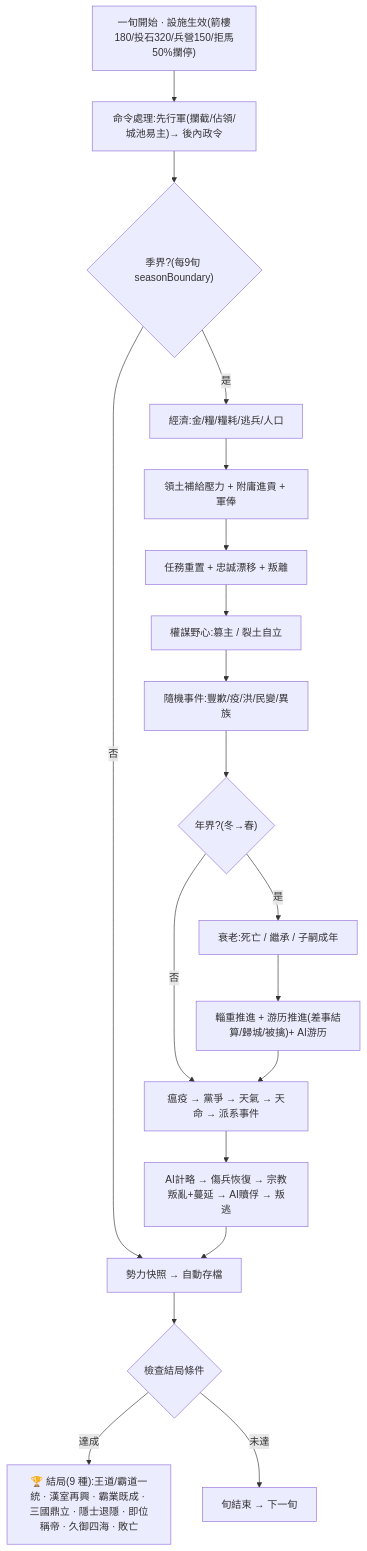
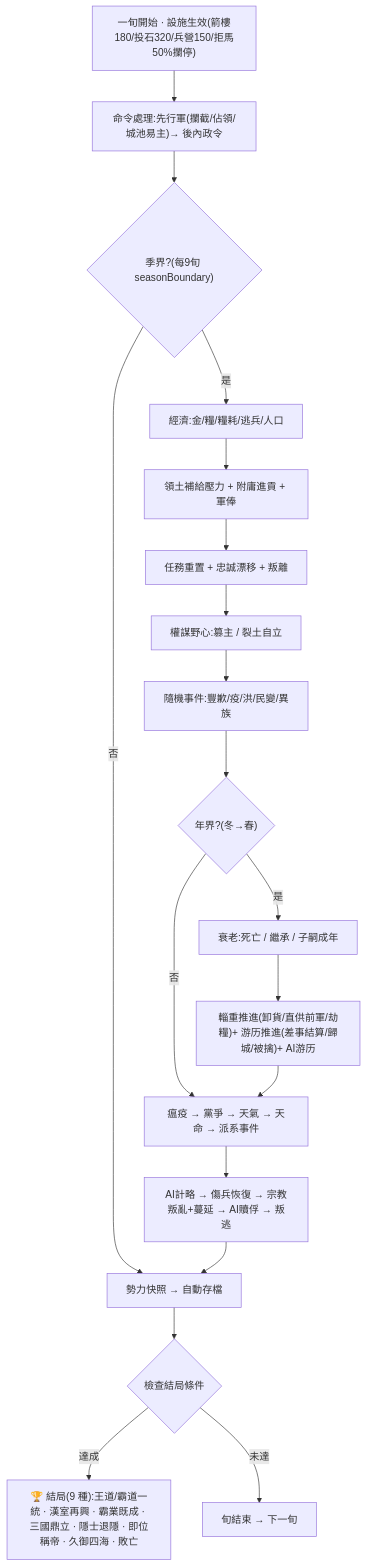
The first of 5 diagrams in docs/GUIDE.md (Seanye333/ThreeKingdomMasterIOS), drawn with Mermaid before and after one commit. The commit also changed other lines of this file and 13 other files, not shown here.

````diff
--- a/docs/GUIDE.md
+++ b/docs/GUIDE.md
@@ -1201,21 +1212,21 @@
 ```mermaid
 flowchart TD
   A["一旬開始 · 設施生效(箭樓180/投石320/兵營150/拒馬50%攔停)"] --> B["命令處理:先行軍(攔截/佔領/城池易主)→ 後內政令"]
   B --> C{"季界?(每9旬 seasonBoundary)"}
   C -->|否| H["勢力快照 → 自動存檔"]
   C -->|是| D["經濟:金/糧/糧耗/逃兵/人口"]
   D --> D2["領土補給壓力 + 附庸進貢 + 軍俸"]
   D2 --> D3["任務重置 + 忠誠漂移 + 叛離"]
   D3 --> D3b["權謀野心:篡主 / 裂土自立"]
   D3b --> D4["隨機事件:豐歉/疫/洪/民變/異族"]
   D4 --> E{"年界?(冬→春)"}
   E -->|否| G2
   E -->|是| F["衰老:死亡 / 繼承 / 子嗣成年"]
-  F --> Fx["輜重推進 + 游历推進(差事結算/歸城/被擒)+ AI游历"]
+  F --> Fx["輜重推進(卸貨/直供前軍/劫糧)+ 游历推進(差事結算/歸城/被擒)+ AI游历"]
   Fx --> G2["瘟疫 → 黨爭 → 天氣 → 天命 → 派系事件"]
   G2 --> G3["AI計略 → 傷兵恢復 → 宗教叛亂+蔓延 → AI贖俘 → 叛逃"]
   G3 --> H
   H --> I{"檢查結局條件"}
   I -->|達成| J["🏆 結局(9 種):王道/霸道一統 · 漢室再興 · 霸業既成 · 三國鼎立 · 隱士退隱 · 即位稱帝 · 久御四海 · 敗亡"]
   I -->|未達| K["旬結束 → 下一旬"]
 ```
````
